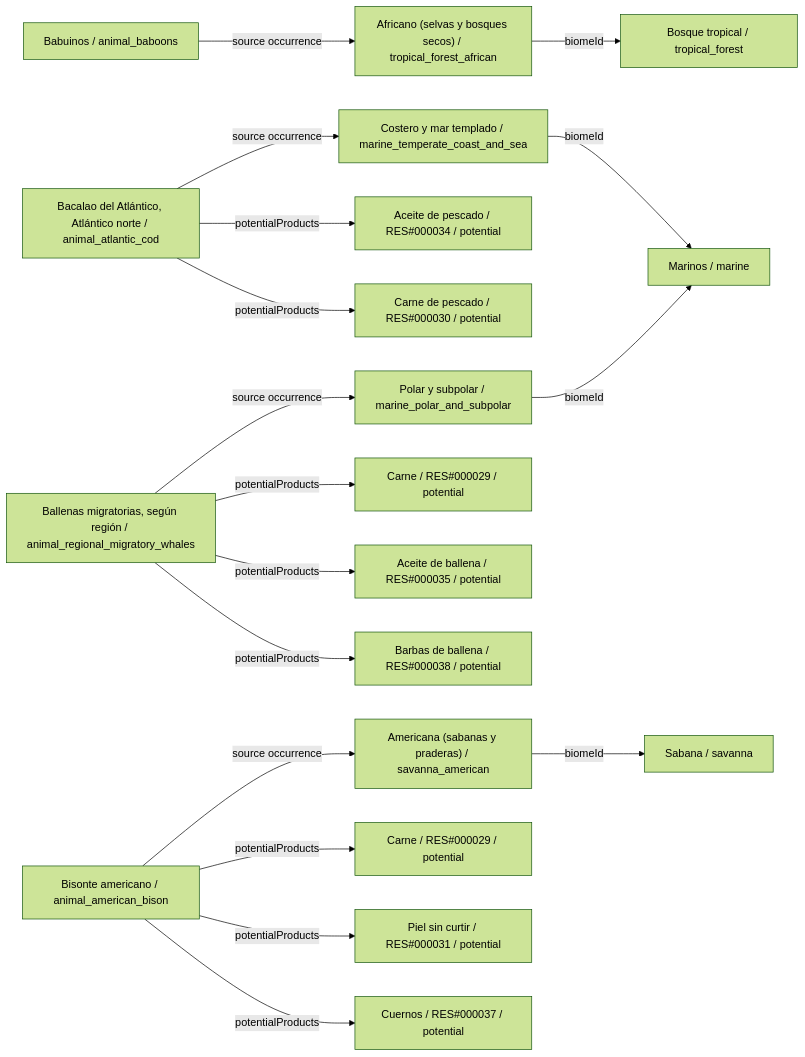
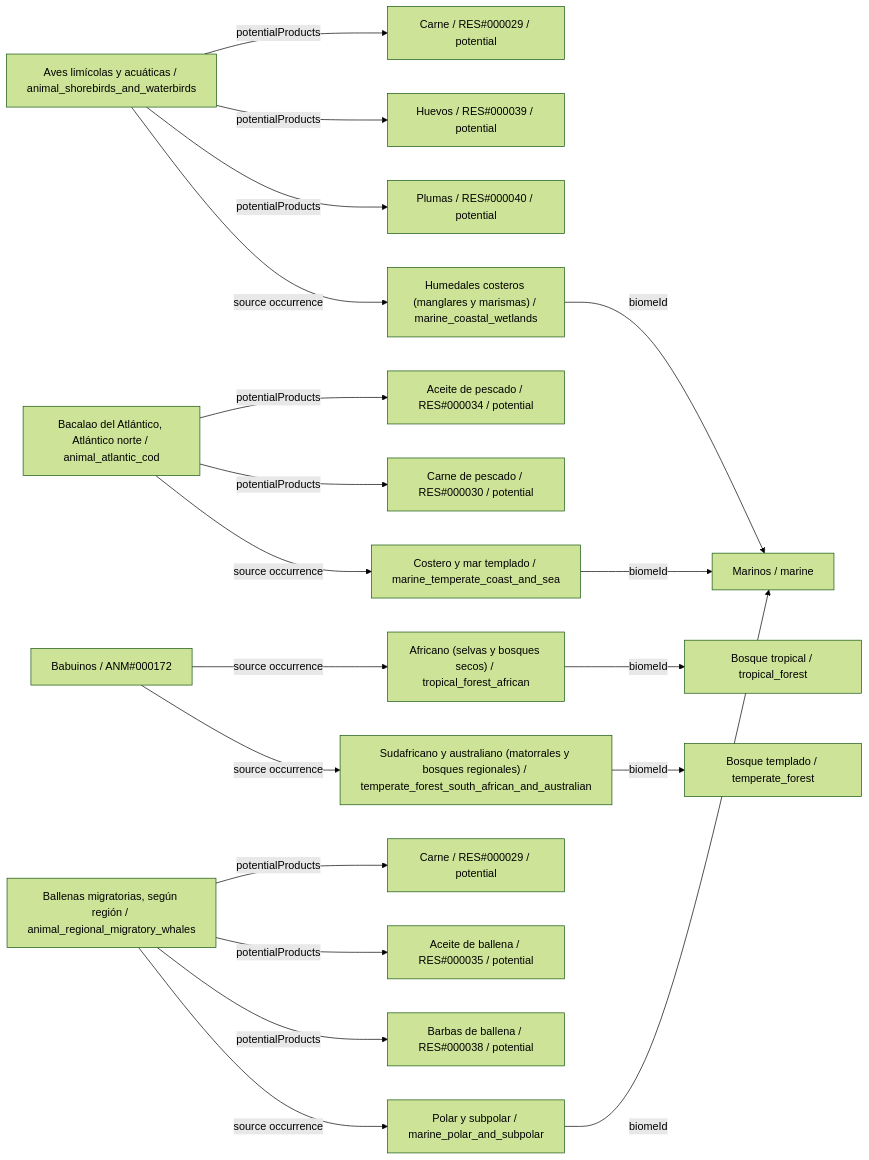
The second of 26 diagrams in data/animals/DIAGRAMS.es.md (fgabo404/EvolveDoc), drawn with Mermaid (forest theme) before and after one commit. The commit also changed other lines of this file and 59 other files, not shown here.

````diff
--- a/data/animals/DIAGRAMS.es.md
+++ b/data/animals/DIAGRAMS.es.md
@@ -235,38 +164,41 @@
 ```mermaid
 flowchart LR
-    c0["Babuinos / animal_baboons"]
+    c0["Aves limícolas y acuáticas / animal_shorebirds_and_waterbirds"]
+    v22["Humedales costeros (manglares y marismas) / marine_coastal_wetlands"]
+    b5["Marinos / marine"]
+    o0_0["Carne / RES#000029 / potential"]
+    o0_1["Huevos / RES#000039 / potential"]
+    o0_2["Plumas / RES#000040 / potential"]
+    c1["Babuinos / ANM#000172"]
     v1["Africano (selvas y bosques secos) / tropical_forest_african"]
     b0["Bosque tropical / tropical_forest"]
-    c1["Bacalao del Atlántico, Atlántico norte / animal_atlantic_cod"]
+    v6["Sudafricano y australiano (matorrales y bosques regionales) / temperate_forest_south_african_and_australian"]
+    b1["Bosque templado / temperate_forest"]
+    c2["Bacalao del Atlántico, Atlántico norte / animal_atlantic_cod"]
     v20["Costero y mar templado / marine_temperate_coast_and_sea"]
-    b5["Marinos / marine"]
-    o1_0["Aceite de pescado / RES#000034 / potential"]
-    o1_1["Carne de pescado / RES#000030 / potential"]
-    c2["Ballenas migratorias, según región / animal_regional_migratory_whales"]
+    o2_0["Aceite de pescado / RES#000034 / potential"]
+    o2_1["Carne de pescado / RES#000030 / potential"]
+    c3["Ballenas migratorias, según región / animal_regional_migratory_whales"]
     v21["Polar y subpolar / marine_polar_and_subpolar"]
-    o2_0["Carne / RES#000029 / potential"]
-    o2_1["Aceite de ballena / RES#000035 / potential"]
-    o2_2["Barbas de ballena / RES#000038 / potential"]
-    c3["Bisonte americano / animal_american_bison"]
-    v12["Americana (sabanas y praderas) / savanna_american"]
-    b3["Sabana / savanna"]
     o3_0["Carne / RES#000029 / potential"]
-    o3_1["Piel sin curtir / RES#000031 / potential"]
-    o3_2["Cuernos / RES#000037 / potential"]
-    c0 -->|source occurrence| v1
-    c1 -->|potentialProducts| o1_0
-    c1 -->|potentialProducts| o1_1
-    c1 -->|source occurrence| v20
+    o3_1["Aceite de ballena / RES#000035 / potential"]
+    o3_2["Barbas de ballena / RES#000038 / potential"]
+    c0 -->|potentialProducts| o0_0
+    c0 -->|potentialProducts| o0_1
+    c0 -->|potentialProducts| o0_2
+    c0 -->|source occurrence| v22
+    c1 -->|source occurrence| v1
+    c1 -->|source occurrence| v6
     c2 -->|potentialProducts| o2_0
     c2 -->|potentialProducts| o2_1
-    c2 -->|potentialProducts| o2_2
-    c2 -->|source occurrence| v21
+    c2 -->|source occurrence| v20
     c3 -->|potentialProducts| o3_0
     c3 -->|potentialProducts| o3_1
     c3 -->|potentialProducts| o3_2
-    c3 -->|source occurrence| v12
+    c3 -->|source occurrence| v21
     v1 -->|biomeId| b0
-    v12 -->|biomeId| b3
     v20 -->|biomeId| b5
     v21 -->|biomeId| b5
+    v22 -->|biomeId| b5
+    v6 -->|biomeId| b1
 ```
````
